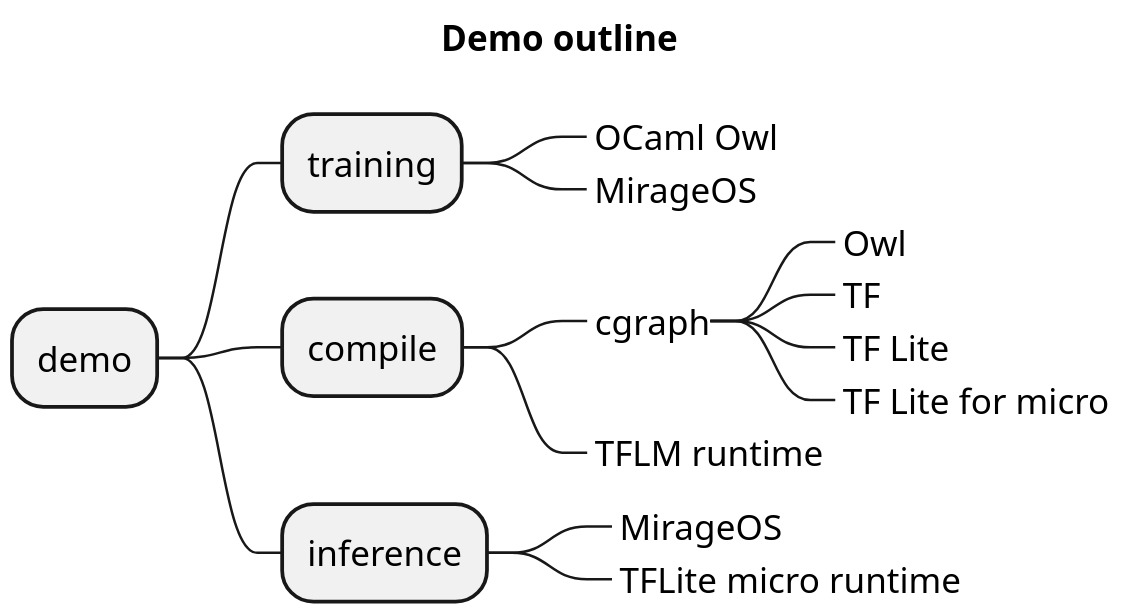
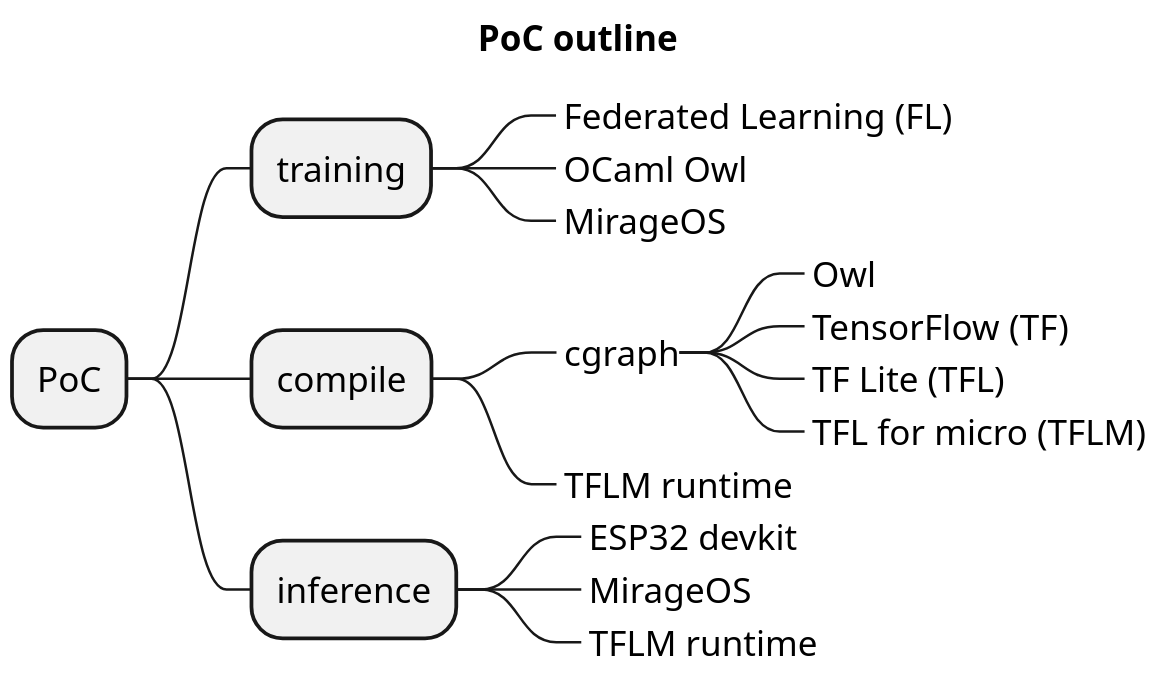
The diagram in demo-sq0.puml (doyu/elc2019), drawn with PlantUML before and after one commit. The commit also changed 8 other files, not shown here.

```diff
--- a/demo-sq0.puml
+++ b/demo-sq0.puml
@@ -1,18 +1,20 @@
 @startmindmap
 scale 2.0
-title Demo outline
-+ demo
+title PoC outline
++ PoC
 ++ training
++++_ Federated Learning (FL)
 +++_ OCaml Owl
 +++_ MirageOS
 ++ compile
 +++_ cgraph
 ++++_ Owl
-++++_ TF
-++++_ TF Lite
-++++_ TF Lite for micro
+++++_ TensorFlow (TF)
+++++_ TF Lite (TFL)
+++++_ TFL for micro (TFLM)
 +++_ TFLM runtime
 ++ inference
++++_ ESP32 devkit
 +++_ MirageOS
-+++_ TFLite micro runtime
++++_ TFLM runtime
 @endmindmap
```
